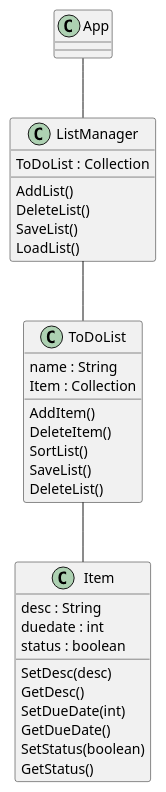
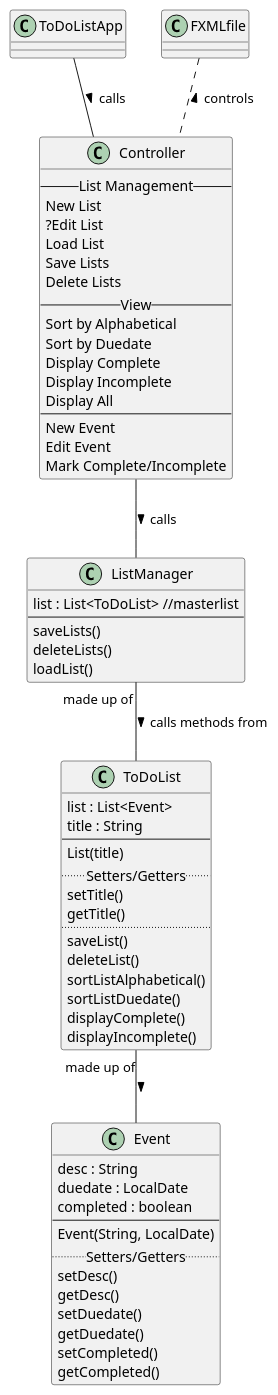
Before and after one commit to kiwibrie/juntunen-cop3330-assignment4part2: the diagram in uml/ListManager.puml, drawn with PlantUML.

Commit message:
updated puml to match current work flow

```diff
--- a/uml/ListManager.puml
+++ b/uml/ListManager.puml
@@ -1,40 +1,70 @@
 @startuml
 'https://plantuml.com/class-diagram
 
-class ListManager {
-ToDoList : Collection
-
-AddList()
-DeleteList()
-SaveList()
-LoadList()
+class ListManager{
+list : List<ToDoList> //masterlist
+--
+saveLists()
+deleteLists()
+loadList()
 }
 
 class ToDoList {
-name : String
-Item : Collection
-
-AddItem()
-DeleteItem()
-SortList()
-SaveList()
-DeleteList()
+list : List<Event>
+title : String
+--
+List(title)
+..Setters/Getters..
+setTitle()
+getTitle()
+..
+saveList()
+deleteList()
+sortListAlphabetical()
+sortListDuedate()
+displayComplete()
+displayIncomplete()
 }
 
-class Item {
+class Event {
 desc : String
-duedate : int
-status : boolean
-
-SetDesc(desc)
-GetDesc()
-SetDueDate(int)
-GetDueDate()
-SetStatus(boolean)
-GetStatus()
+duedate : LocalDate
+completed : boolean
+--
+Event(String, LocalDate)
+..Setters/Getters..
+setDesc()
+getDesc()
+setDuedate()
+getDuedate()
+setCompleted()
+getCompleted()
 }
 
-ToDoList -- Item
-ListManager -- ToDoList
-App -- ListManager
+ToDoList "made up of" -- Event : >
+ListManager "made up of" -- ToDoList : > calls methods from
+
+ToDoListApp -- Controller : > calls
+FXMLfile .. Controller : < controls
+Controller -- ListManager : > calls
+
+class Controller{
+--List Management--
+New List
+?Edit List
+Load List
+Save Lists
+Delete Lists
+--View--
+Sort by Alphabetical
+Sort by Duedate
+Display Complete
+Display Incomplete
+Display All
+--
+New Event
+Edit Event
+Mark Complete/Incomplete
+}
+
 @enduml
```
